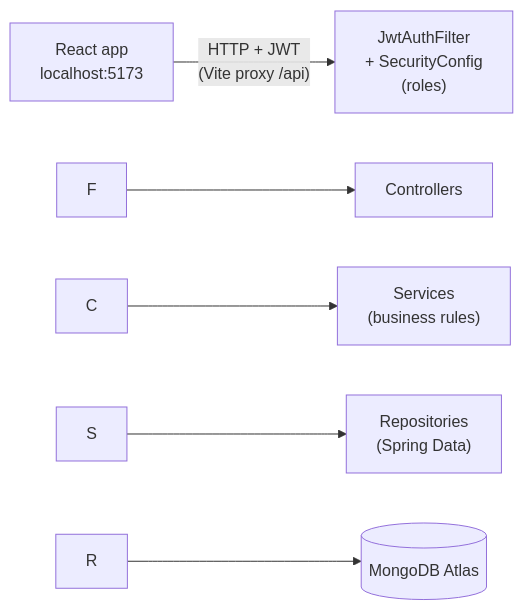
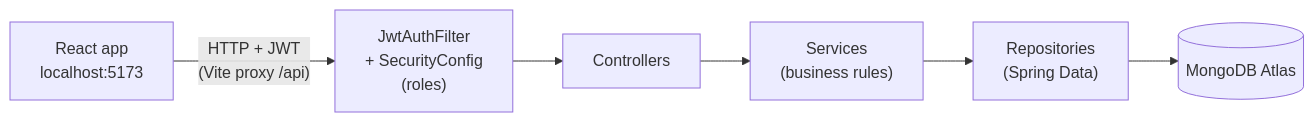
Before and after one commit to RKBandla/SampleBankApp: the diagram in README.md, drawn with Mermaid. The commit also changed other lines of this file and 11 other files, not shown here.

````diff
--- a/README.md
+++ b/README.md
@@ -60,8 +60,8 @@
 ```mermaid
 flowchart LR
-    UI\["React app<br/>localhost:5173"] -- "HTTP + JWT<br/>(Vite proxy /api)" --> F\["JwtAuthFilter<br/>+ SecurityConfig<br/>(roles)"]
-    F --> C\["Controllers"]
-    C --> S\["Services<br/>(business rules)"]
-    S --> R\["Repositories<br/>(Spring Data)"]
-    R --> DB\[("MongoDB Atlas")]
+    UI["React app<br/>localhost:5173"] -- "HTTP + JWT<br/>(Vite proxy /api)" --> F["JwtAuthFilter<br/>+ SecurityConfig<br/>(roles)"]
+    F --> C["Controllers"]
+    C --> S["Services<br/>(business rules)"]
+    S --> R["Repositories<br/>(Spring Data)"]
+    R --> DB[("MongoDB Atlas")]
 ```
````
